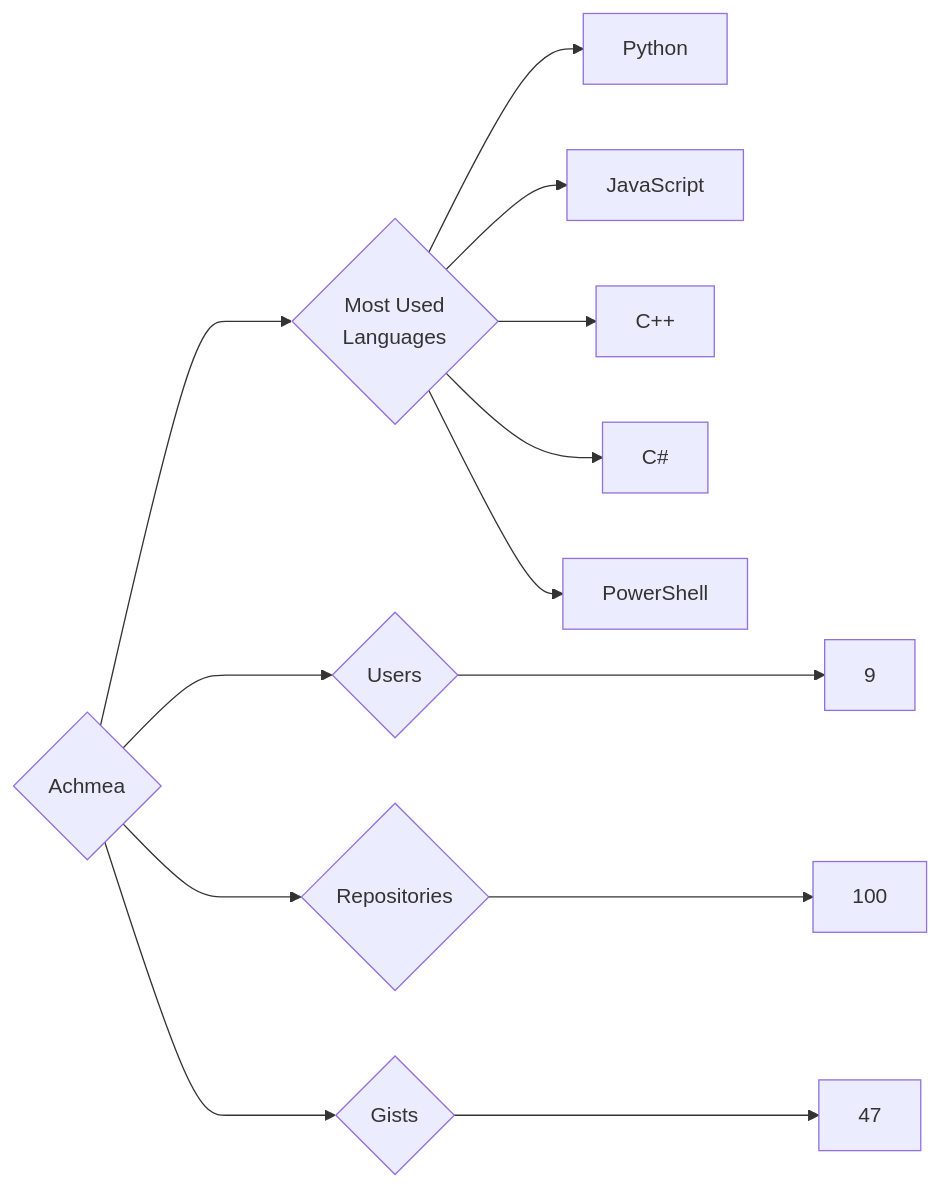
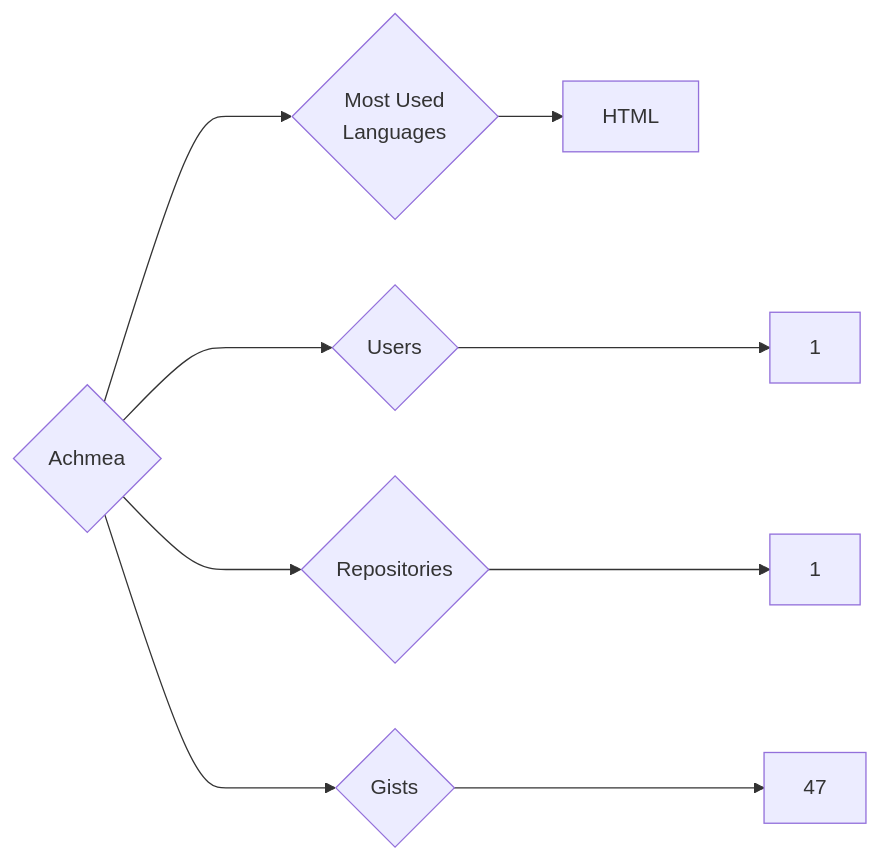
One commit to trickest/insiders changed the diagram in targets/Achmea/README.md. Above: the diagram before and after it, drawn with Mermaid. The commit also changed 998 other files, not shown here.

````diff
--- a/targets/Achmea/README.md
+++ b/targets/Achmea/README.md
@@ -3,13 +3,9 @@
 ```mermaid
 graph LR
 COMPANY_NAME{Achmea}
-COMPANY_NAME ---> U{Users} ---> UN[9]
-COMPANY_NAME ---> R{Repositories} ---> RN[100]
+COMPANY_NAME ---> U{Users} ---> UN[1]
+COMPANY_NAME ---> R{Repositories} ---> RN[1]
 COMPANY_NAME ---> G{Gists} ---> GN[47]
 COMPANY_NAME ---> ML{Most Used<br>Languages}
-ML --> Python[Python]
-ML --> JavaScript[JavaScript]
-ML --> C++[C++]
-ML --> C#[C#]
-ML --> PowerShell[PowerShell]
+ML --> HTML[HTML]
 ```
````
